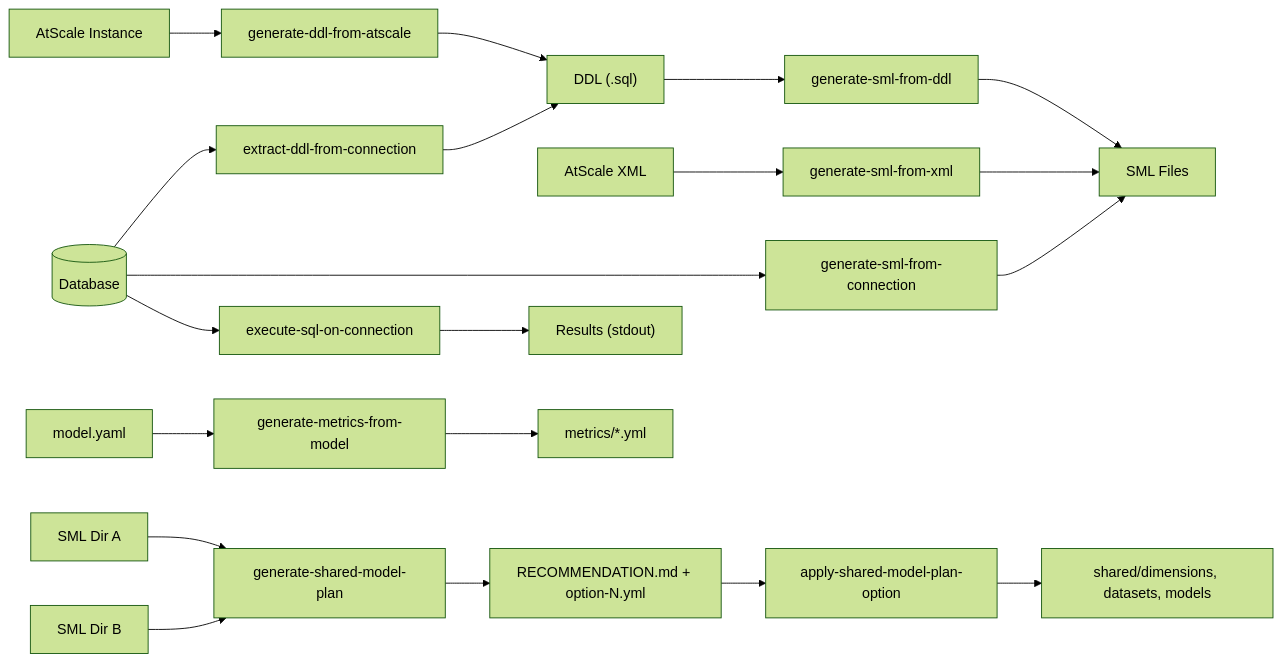
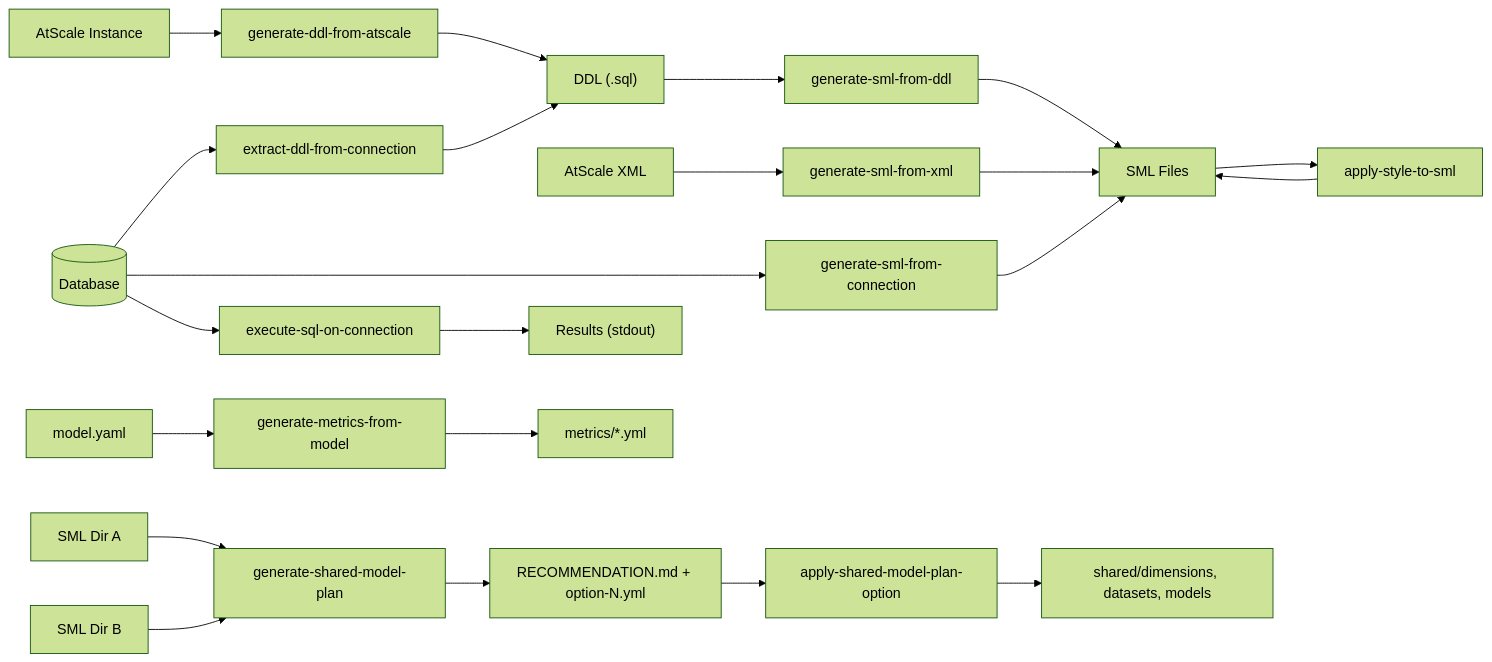
The second of 8 diagrams in README.md (AtScaleInc/ps-utils), drawn with Mermaid (forest theme) before and after one commit. The commit also changed other lines of this file and 17 other files, not shown here.

````diff
--- a/README.md
+++ b/README.md
@@ -33,13 +33,14 @@
 ```mermaid
 flowchart LR
     DB[("Database")] --> A["extract-ddl-from-connection"] --> DDL["DDL (.sql)"]
     ATS["AtScale Instance"] --> B["generate-ddl-from-atscale"] --> DDL
     DDL --> C["generate-sml-from-ddl"] --> SML["SML Files"]
     DB --> D["generate-sml-from-connection"] --> SML
     XML["AtScale XML"] --> G["generate-sml-from-xml"] --> SML
     SML2A["SML Dir A"] --> H["generate-shared-model-plan"] --> PLAN["RECOMMENDATION.md + option-N.yml"]
     SML2B["SML Dir B"] --> H
     PLAN --> I["apply-shared-model-plan-option"] --> SHARED["shared/dimensions, datasets, models"]
     DB --> E["execute-sql-on-connection"] --> OUT["Results (stdout)"]
     MODEL["model.yaml"] --> F["generate-metrics-from-model"] --> METRICS["metrics/*.yml"]
+    SML --> J["apply-style-to-sml"] --> SML
 ```
````
